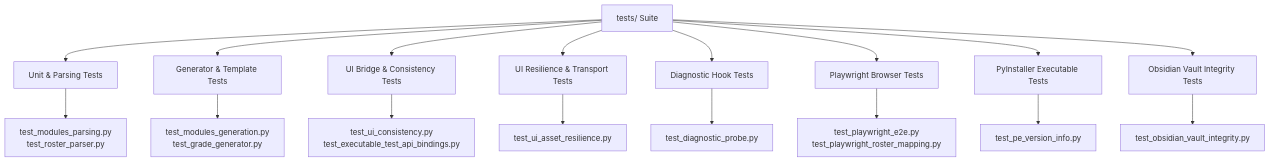
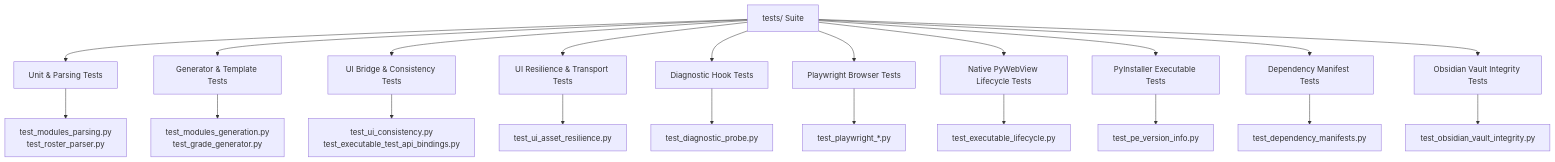
Before and after one commit to DrinkBoooz/cvsu-generator_documentation: the diagram in 06 - Development/Testing Strategy.md, drawn with Mermaid. The commit also changed other lines of this file and 3 other files, not shown here.

Commit message:
26: synchronize documentation with normalized dependency architecture and windows system prerequisites

````diff
--- a/06 - Development/Testing Strategy.md
+++ b/06 - Development/Testing Strategy.md
@@ -39,20 +41,24 @@
 ```mermaid
 graph TD
     Tests["tests/ Suite"] --> Unit["Unit & Parsing Tests"]
     Tests --> DocxXlsx["Generator & Template Tests"]
     Tests --> Integ["UI Bridge & Consistency Tests"]
     Tests --> Resilience["UI Resilience & Transport Tests"]
     Tests --> Diag["Diagnostic Hook Tests"]
     Tests --> E2E["Playwright Browser Tests"]
+    Tests --> Lifecycle["Native PyWebView Lifecycle Tests"]
     Tests --> Build["PyInstaller Executable Tests"]
+    Tests --> Manifests["Dependency Manifest Tests"]
     Tests --> Vault["Obsidian Vault Integrity Tests"]
 
     Unit --> T1["test_modules_parsing.py<br>test_roster_parser.py"]
     DocxXlsx --> T2["test_modules_generation.py<br>test_grade_generator.py"]
     Integ --> T3["test_ui_consistency.py<br>test_executable_test_api_bindings.py"]
     Resilience --> T4["test_ui_asset_resilience.py"]
     Diag --> T5["test_diagnostic_probe.py"]
-    E2E --> T6["test_playwright_e2e.py<br>test_playwright_roster_mapping.py"]
-    Build --> T7["test_pe_version_info.py"]
-    Vault --> T8["test_obsidian_vault_integrity.py"]
+    E2E --> T6["test_playwright_*.py"]
+    Lifecycle --> T7["test_executable_lifecycle.py"]
+    Build --> T8["test_pe_version_info.py"]
+    Manifests --> T9["test_dependency_manifests.py"]
+    Vault --> T10["test_obsidian_vault_integrity.py"]
 ```
````
